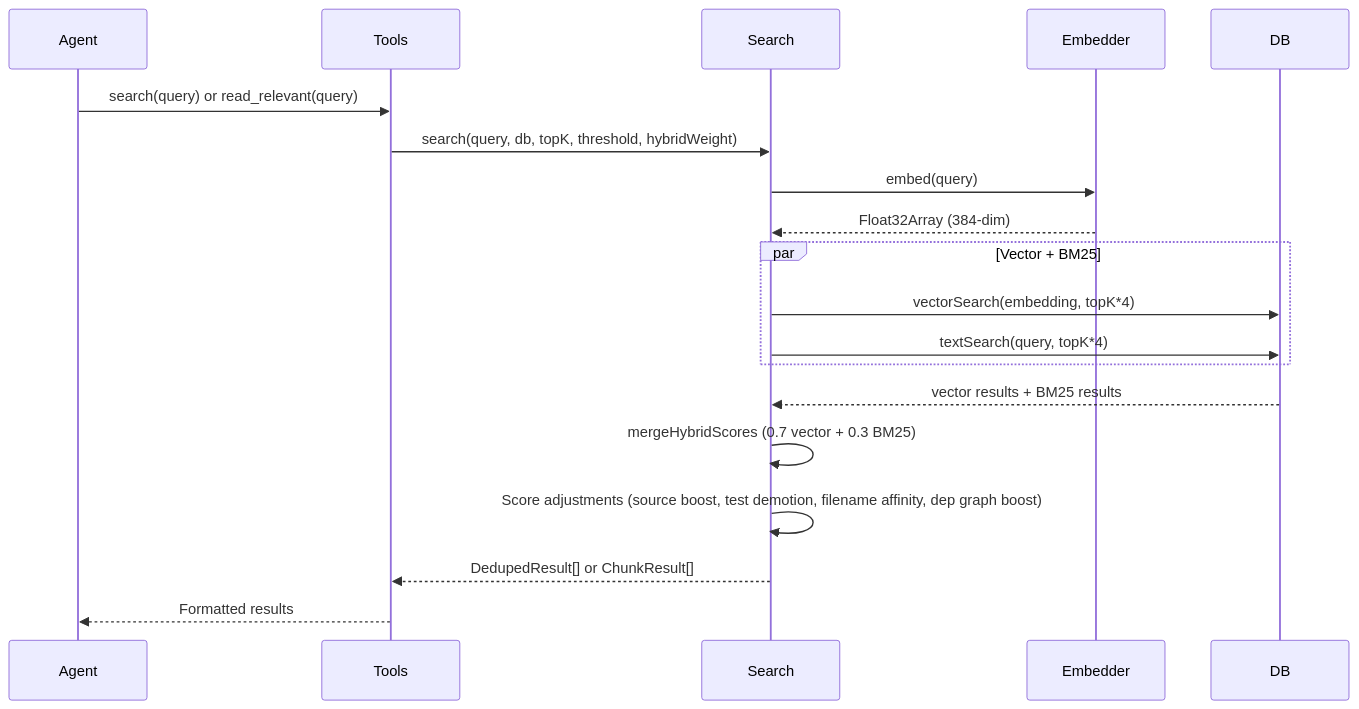
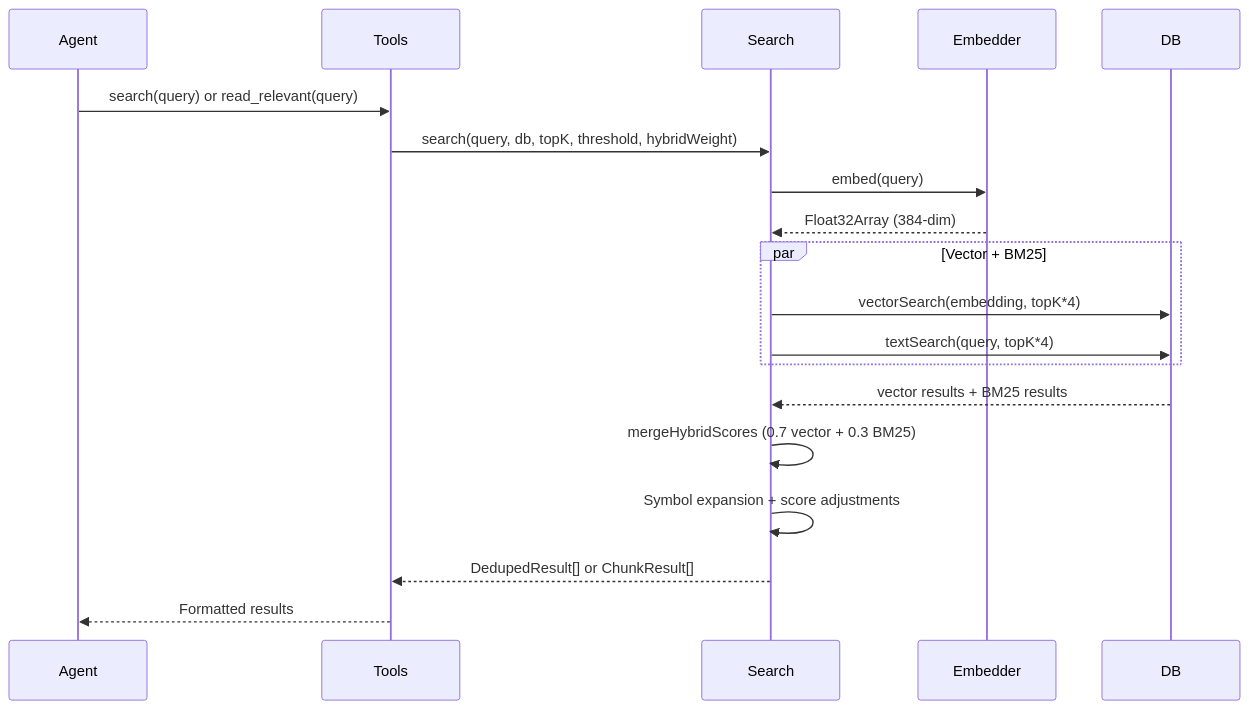
One commit to TheWinci/mimirs changed the second of 3 diagrams in wiki/data-flow.md. Above: the diagram before and after it, drawn with Mermaid. The commit also changed other lines of this file and 27 other files, not shown here.

````diff
--- a/wiki/data-flow.md
+++ b/wiki/data-flow.md
@@ -53,22 +65,22 @@
 ```mermaid
 sequenceDiagram
     participant Agent
     participant Tools
-    participant Search
+    participant SearchEngine as Search
     participant Embedder
     participant DB
 
     Agent->>Tools: search(query) or read_relevant(query)
-    Tools->>Search: search(query, db, topK, threshold, hybridWeight)
-    Search->>Embedder: embed(query)
-    Embedder-->>Search: Float32Array (384-dim)
+    Tools->>SearchEngine: search(query, db, topK, threshold, hybridWeight)
+    SearchEngine->>Embedder: embed(query)
+    Embedder-->>SearchEngine: Float32Array (384-dim)
     par Vector + BM25
-        Search->>DB: vectorSearch(embedding, topK*4)
-        Search->>DB: textSearch(query, topK*4)
+        SearchEngine->>DB: vectorSearch(embedding, topK*4)
+        SearchEngine->>DB: textSearch(query, topK*4)
     end
-    DB-->>Search: vector results + BM25 results
-    Search->>Search: mergeHybridScores (0.7 vector + 0.3 BM25)
-    Search->>Search: Score adjustments (source boost, test demotion, filename affinity, dep graph boost)
-    Search-->>Tools: DedupedResult[] or ChunkResult[]
+    DB-->>SearchEngine: vector results + BM25 results
+    SearchEngine->>SearchEngine: mergeHybridScores (0.7 vector + 0.3 BM25)
+    SearchEngine->>SearchEngine: Symbol expansion + score adjustments
+    SearchEngine-->>Tools: DedupedResult[] or ChunkResult[]
     Tools-->>Agent: Formatted results
 ```
````
